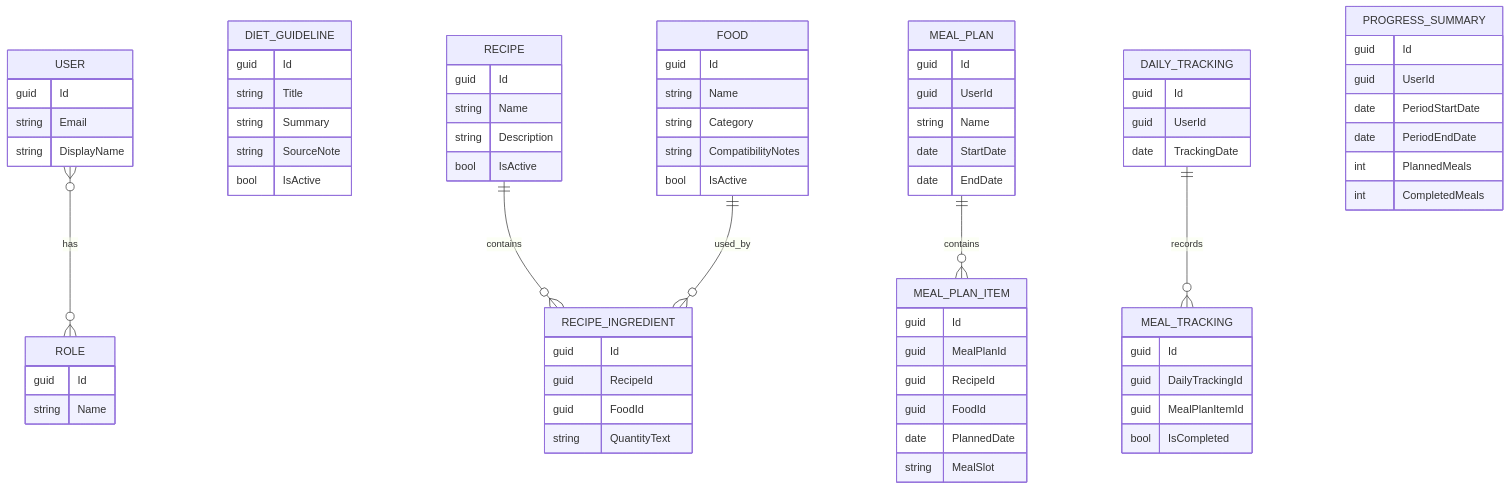
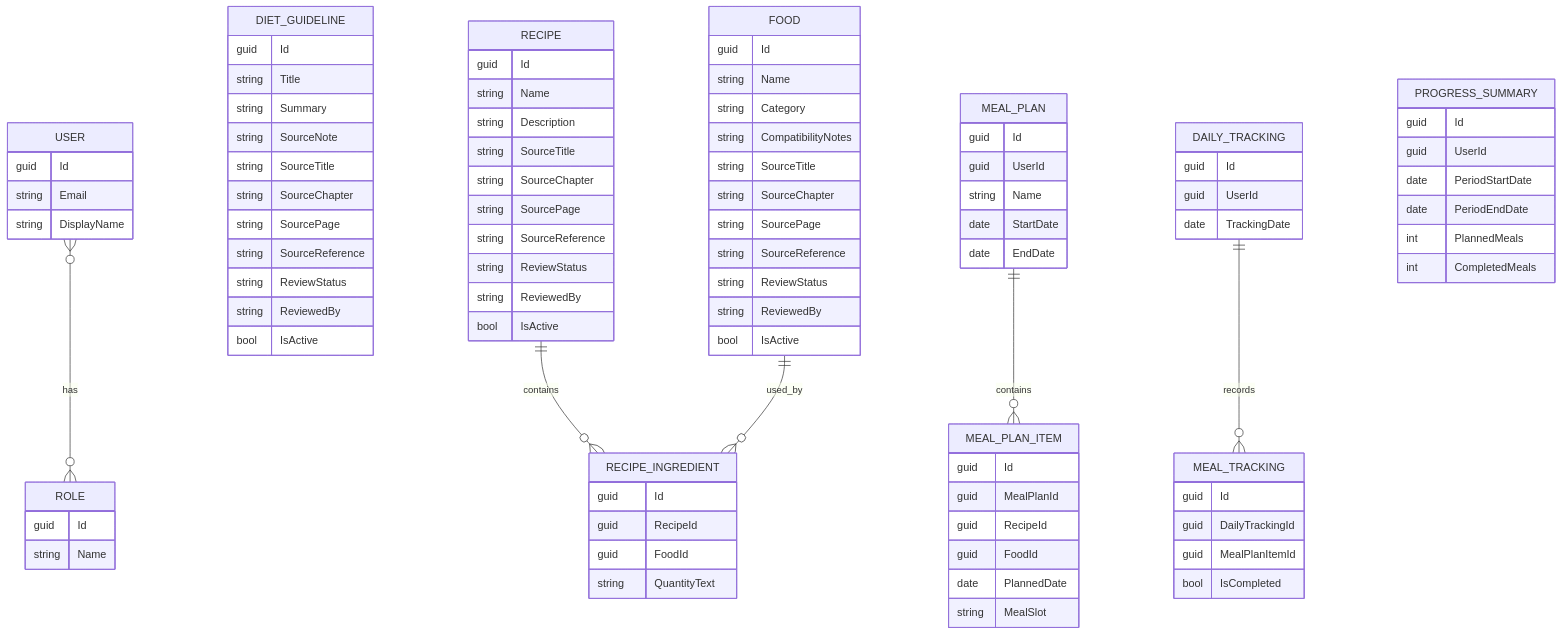
Before and after one commit to HAIANH29/PRN232_ASM_PROJECT: the diagram in docs/erd/Conceptual-ERD.md, drawn with Mermaid. The commit also changed 27 other files, not shown here.

```diff
--- a/docs/erd/Conceptual-ERD.md
+++ b/docs/erd/Conceptual-ERD.md
@@ -18,6 +18,12 @@
         string Title
         string Summary
         string SourceNote
+        string SourceTitle
+        string SourceChapter
+        string SourcePage
+        string SourceReference
+        string ReviewStatus
+        string ReviewedBy
         bool IsActive
     }
 
@@ -26,6 +32,12 @@
         string Name
         string Category
         string CompatibilityNotes
+        string SourceTitle
+        string SourceChapter
+        string SourcePage
+        string SourceReference
+        string ReviewStatus
+        string ReviewedBy
         bool IsActive
     }
 
@@ -33,6 +45,12 @@
         guid Id
         string Name
         string Description
+        string SourceTitle
+        string SourceChapter
+        string SourcePage
+        string SourceReference
+        string ReviewStatus
+        string ReviewedBy
         bool IsActive
     }
 
```
